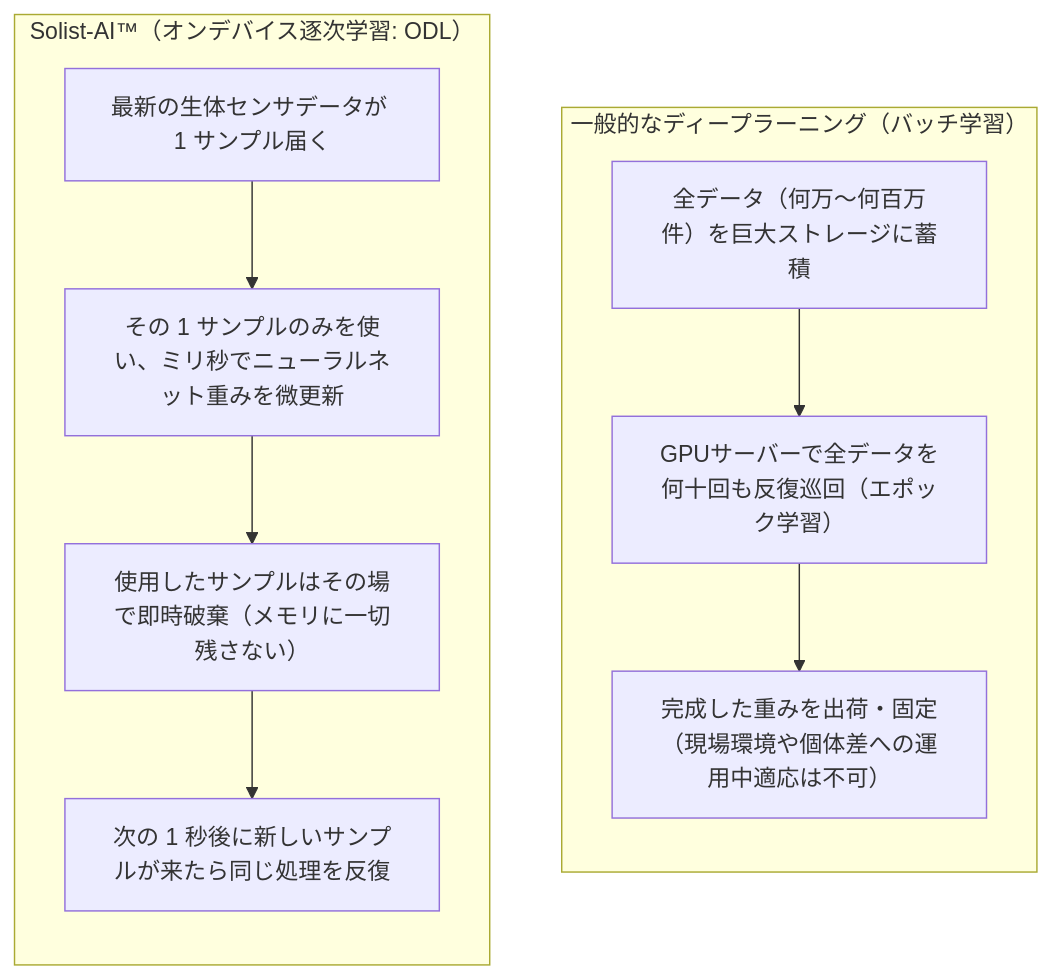
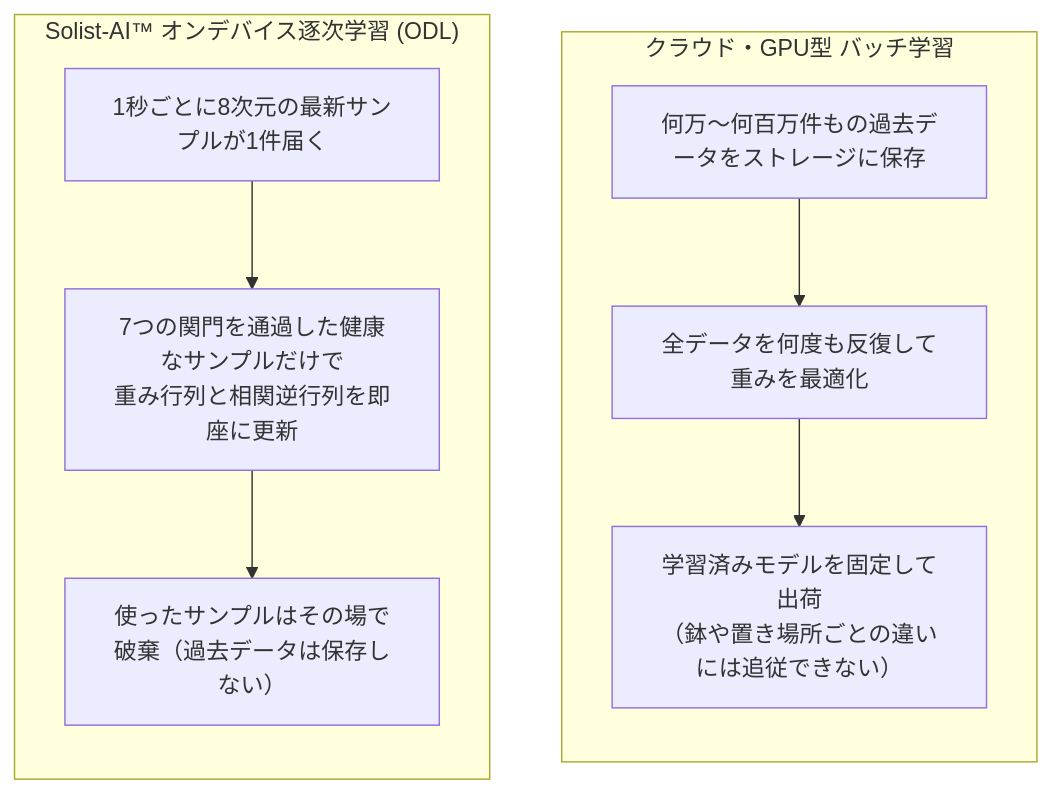
The first of 3 diagrams in docs/textbook/04_on_device_learning_mechanism.md (horned128/plant-doctor), drawn with Mermaid before and after one commit. The commit also changed other lines of this file and 28 other files, not shown here.

````diff
--- a/docs/textbook/04_on_device_learning_mechanism.md
+++ b/docs/textbook/04_on_device_learning_mechanism.md
@@ -15,15 +13,14 @@
 ```mermaid
 flowchart TD
-    subgraph BATCH["一般的なディープラーニング（バッチ学習）"]
+    subgraph BATCH["クラウド・GPU型 バッチ学習"]
         direction TB
-        B1["全データ（何万〜何百万件）を巨大ストレージに蓄積"] --> B2["GPUサーバーで全データを何十回も反復巡回（エポック学習）"]
-        B2 --> B3["完成した重みを出荷・固定<br/>（現場環境や個体差への運用中適応は不可）"]
+        B1["何万〜何百万件もの過去データをストレージに保存"] --> B2["全データを何度も反復して重みを最適化"]
+        B2 --> B3["学習済みモデルを固定して出荷<br/>（鉢や置き場所ごとの違いには追従できない）"]
     end
 
-    subgraph ODL["Solist-AI™（オンデバイス逐次学習: ODL）"]
+    subgraph ODL["Solist-AI™ オンデバイス逐次学習 (ODL)"]
         direction TB
-        O1["最新の生体センサデータが 1 サンプル届く"] --> O2["その 1 サンプルのみを使い、ミリ秒でニューラルネット重みを微更新"]
-        O2 --> O3["使用したサンプルはその場で即時破棄（メモリに一切残さない）"]
-        O3 --> O4["次の 1 秒後に新しいサンプルが来たら同じ処理を反復"]
+        O1["1秒ごとに8次元の最新サンプルが1件届く"] --> O2["7つの関門を通過した健康なサンプルだけで<br/>重み行列と相関逆行列を即座に更新"]
+        O2 --> O3["使ったサンプルはその場で破棄（過去データは保存しない）"]
     end
 ```
````
